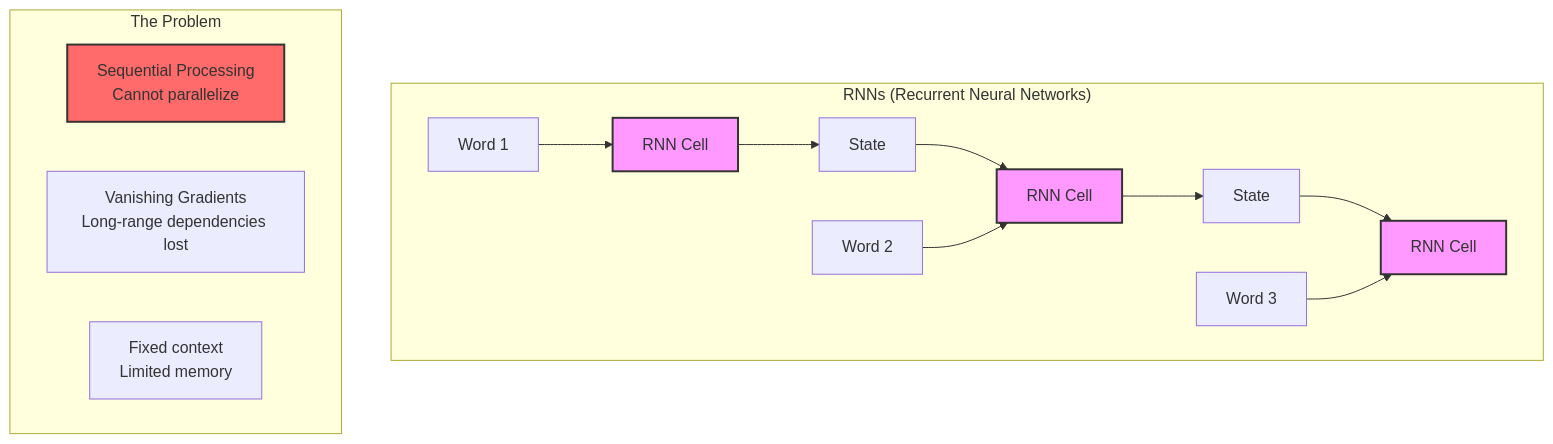
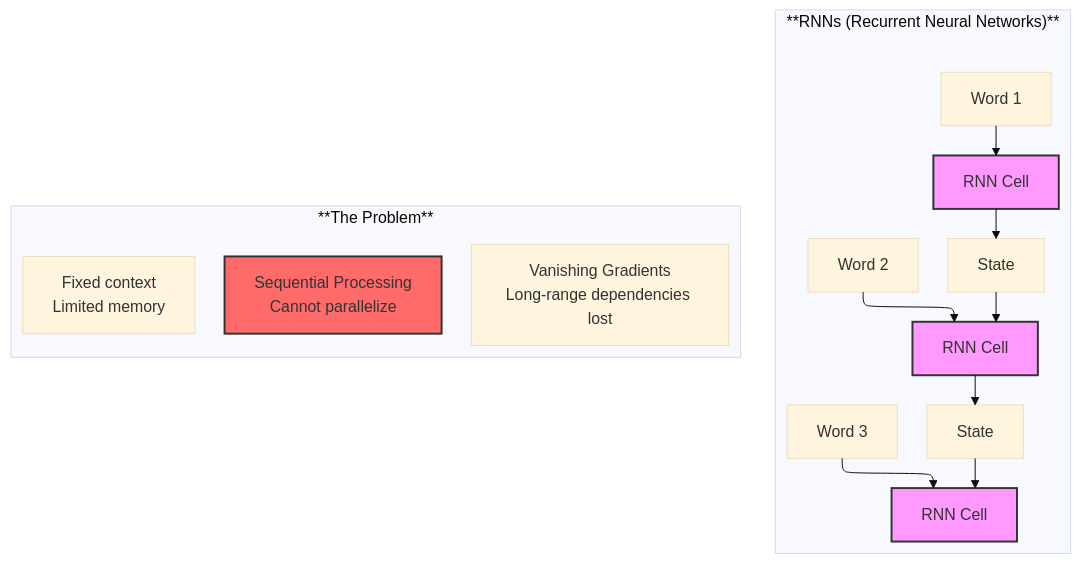
The first of 5 diagrams in The 2026 AI Metromap/The 2026 AI Metromap: Transformers & Attention – The Station That Changed Everything.md (Vineet-Sharma-Medium-Stories/Medium-Build-Tool), drawn with Mermaid before and after one commit. The commit also changed other lines of this file and 37 other files, not shown here.

````diff
--- a/The 2026 AI Metromap/The 2026 AI Metromap: Transformers & Attention – The Station That Changed Everything.md
+++ b/The 2026 AI Metromap/The 2026 AI Metromap: Transformers & Attention – The Station That Changed Everything.md
@@ -78,23 +78,28 @@
 ```mermaid
+---
+config:
+  theme: base
+  layout: elk
+---
 graph TD
-    subgraph "RNNs (Recurrent Neural Networks)"
+    subgraph "**RNNs (Recurrent Neural Networks)**"
         X1[Word 1] --> R1[RNN Cell]
         R1 --> H1[State]
         H1 --> R2[RNN Cell]
         X2[Word 2] --> R2
         R2 --> H2[State]
         H2 --> R3[RNN Cell]
         X3[Word 3] --> R3
     end
     
-    subgraph "The Problem"
+    subgraph "**The Problem**"
         P1[Sequential Processing<br/>Cannot parallelize]
         P2[Vanishing Gradients<br/>Long-range dependencies lost]
         P3[Fixed context<br/>Limited memory]
     end
     
     style R1 fill:#f9f,stroke:#333,stroke-width:2px
     style R2 fill:#f9f,stroke:#333,stroke-width:2px
     style R3 fill:#f9f,stroke:#333,stroke-width:2px
     style P1 fill:#ff6b6b,stroke:#333,stroke-width:2px
 ```
````
